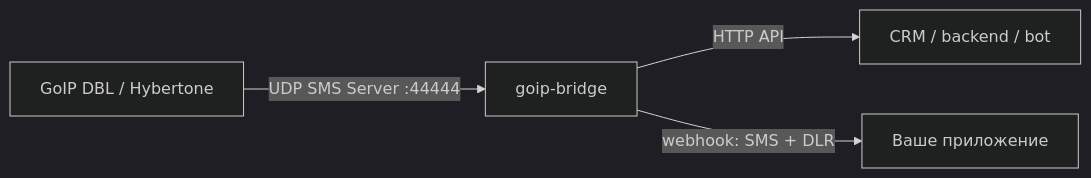
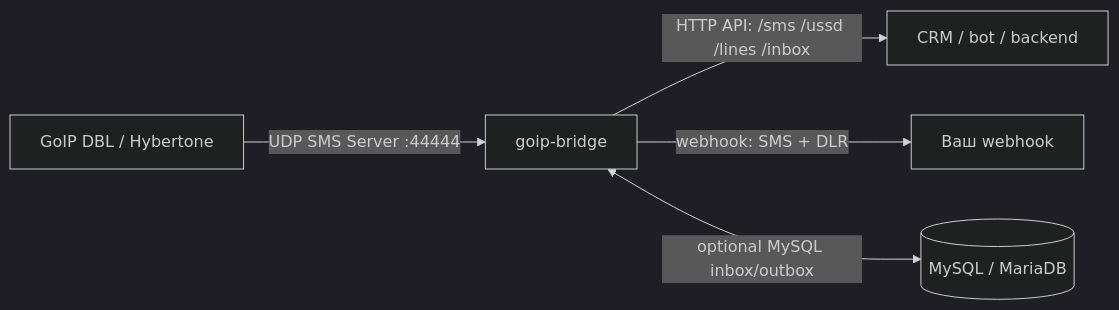
Before and after one commit to e-u-shapovalov/goip-bridge: the first of 2 diagrams in README.md, drawn with Mermaid (dark theme). The commit also changed other lines of this file and 17 other files, not shown here.

````diff
--- a/README.md
+++ b/README.md
@@ -64,6 +65,7 @@
 ```mermaid
 flowchart LR
     A[GoIP DBL / Hybertone] -->|UDP SMS Server :44444| B[goip-bridge]
-    B -->|HTTP API| C[CRM / backend / bot]
-    B -->|webhook: SMS + DLR| D[Ваше приложение]
+    B -->|HTTP API: /sms /ussd /lines /inbox| C[CRM / bot / backend]
+    B -->|webhook: SMS + DLR| D[Ваш webhook]
+    B <-->|optional MySQL inbox/outbox| E[(MySQL / MariaDB)]
 ```
````
